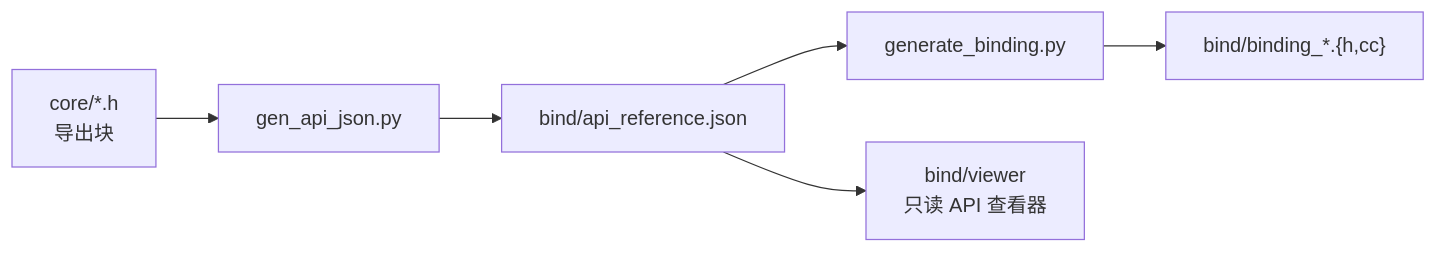
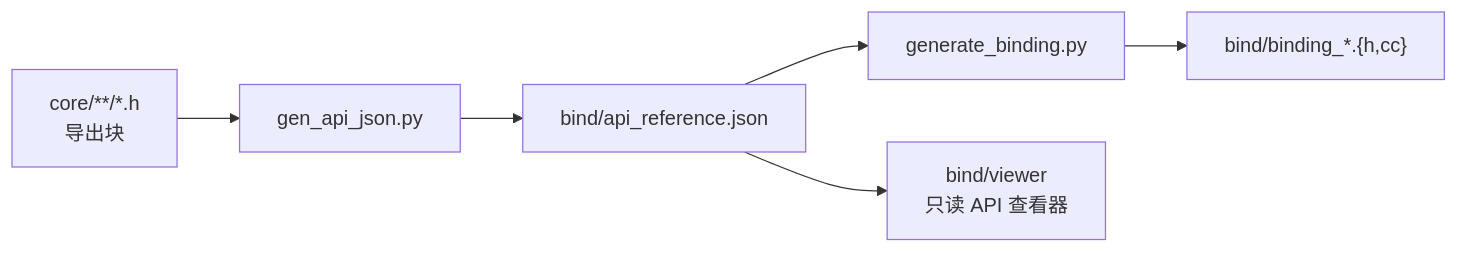
One commit to Admenri/urge changed the third of 3 diagrams in README.md. Above: the diagram before and after it, drawn with Mermaid. The commit also changed other lines of this file and 171 other files, not shown here.

````diff
--- a/README.md
+++ b/README.md
@@ -263,8 +278,8 @@
 ```mermaid
 flowchart LR
-  H["core/*.h<br/>导出块"] --> G["gen_api_json.py"]
+  H["core/**/*.h<br/>导出块"] --> G["gen_api_json.py"]
   G --> IR["bind/api_reference.json"]
   IR --> B["generate_binding.py"]
   B --> C["bind/binding_*.{h,cc}"]
   IR --> V["bind/viewer<br/>只读 API 查看器"]
 ```
````
